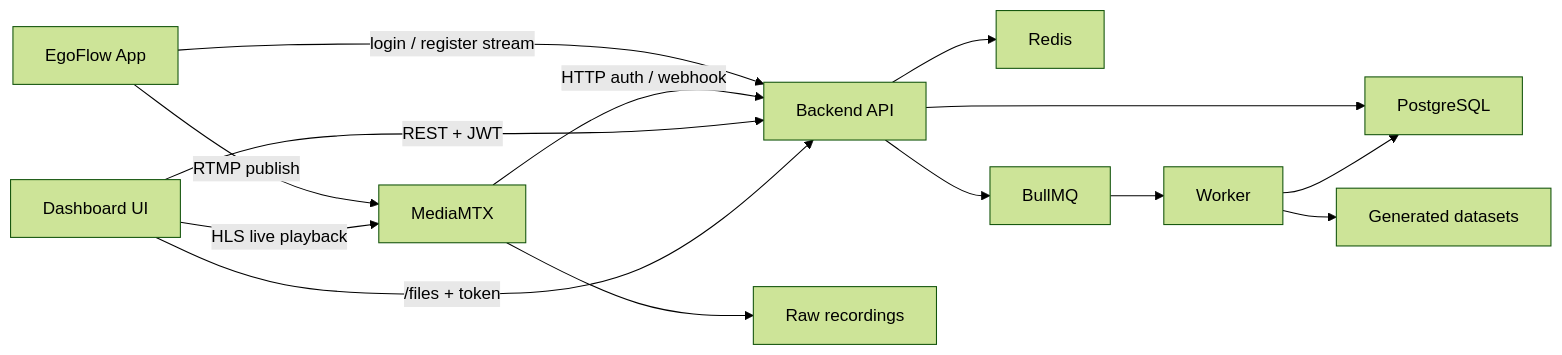
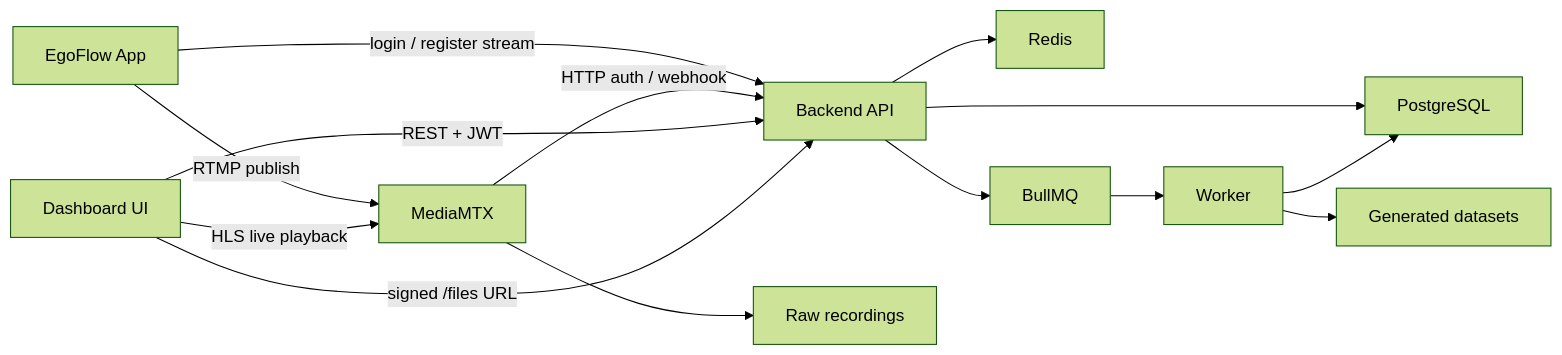
One commit to ego-flow/ego-flow-server changed the diagram in docs/01. project_guide.md. Above: the diagram before and after it, drawn with Mermaid (forest theme). The commit also changed other lines of this file and 29 other files, not shown here.

````diff
--- a/docs/01. project_guide.md
+++ b/docs/01. project_guide.md
@@ -48,16 +48,16 @@
 ```mermaid
 flowchart LR
     App["EgoFlow App"] -->|login / register stream| Backend["Backend API"]
     App -->|RTMP publish| MediaMTX["MediaMTX"]
     MediaMTX -->|HTTP auth / webhook| Backend
     MediaMTX --> Raw["Raw recordings"]
     Backend --> Postgres["PostgreSQL"]
     Backend --> Redis["Redis"]
     Backend --> Queue["BullMQ"]
     Queue --> Worker["Worker"]
     Worker --> Generated["Generated datasets"]
     Worker --> Postgres
     Dashboard["Dashboard UI"] -->|REST + JWT| Backend
     Dashboard -->|HLS live playback| MediaMTX
-    Dashboard -->|/files + token| Backend
+    Dashboard -->|signed /files URL| Backend
 ```
````
